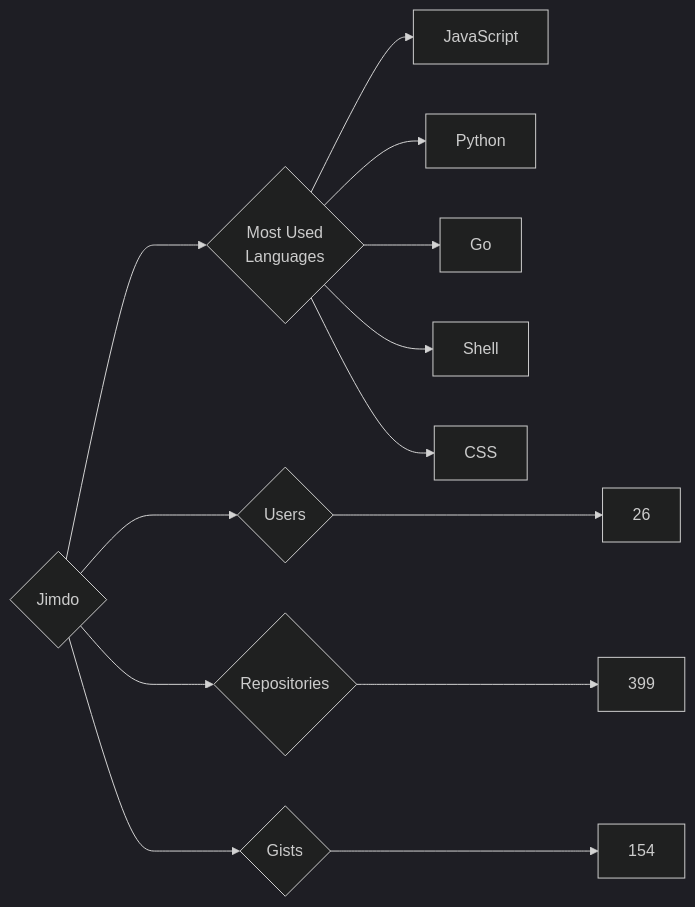
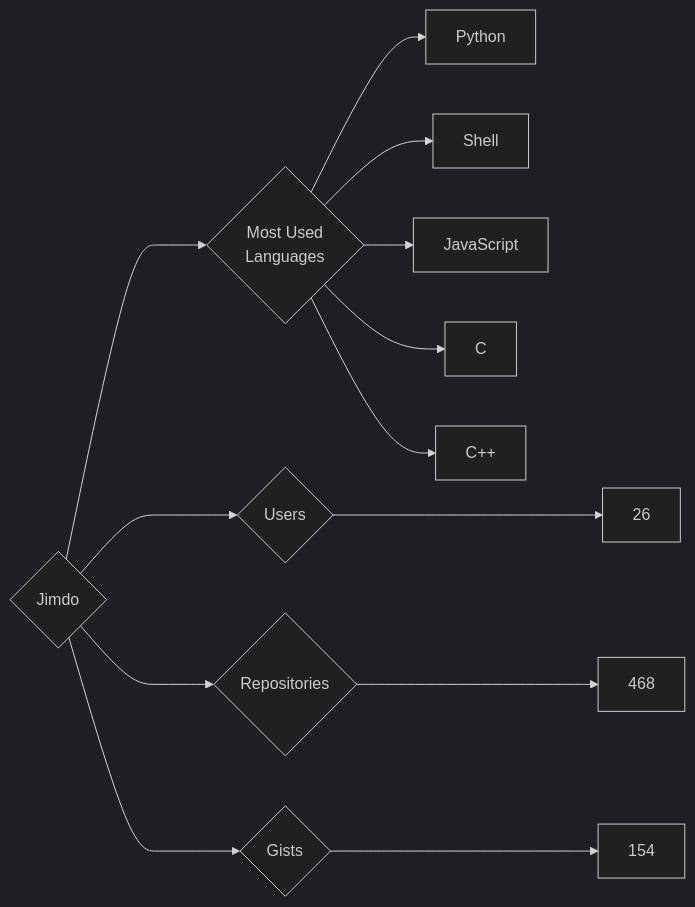
The diagram in targets/Jimdo/README.md (trickest/insiders), drawn with Mermaid (dark theme) before and after one commit. The commit also changed 644 other files, not shown here.

````diff
--- a/targets/Jimdo/README.md
+++ b/targets/Jimdo/README.md
@@ -3,13 +3,13 @@
 ```mermaid
 graph LR
 COMPANY_NAME{Jimdo}
 COMPANY_NAME ---> U{Users} ---> UN[26]
-COMPANY_NAME ---> R{Repositories} ---> RN[399]
+COMPANY_NAME ---> R{Repositories} ---> RN[468]
 COMPANY_NAME ---> G{Gists} ---> GN[154]
 COMPANY_NAME ---> ML{Most Used<br>Languages}
+ML --> Python[Python]
+ML --> Shell[Shell]
 ML --> JavaScript[JavaScript]
-ML --> Python[Python]
-ML --> Go[Go]
-ML --> Shell[Shell]
-ML --> CSS[CSS]
+ML --> C[C]
+ML --> C++[C++]
 ```
````
